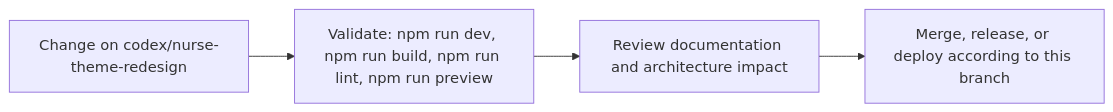
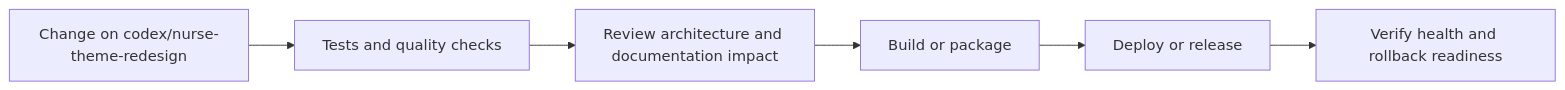
One commit to Nischhalsubba/Reeja-Maharjan-Website-2026 changed the fourth of 5 diagrams in README.md. Above: the diagram before and after it, drawn with Mermaid. The commit also changed other lines of this file, not shown here.

````diff
--- a/README.md
+++ b/README.md
@@ -74,8 +163,8 @@
 ```mermaid
 flowchart LR
-    CHANGE["Change on codex/nurse-theme-redesign"]
-    CHECK["Validate: npm run dev, npm run build, npm run lint, npm run preview"]
-    REVIEW["Review documentation and architecture impact"]
-    RELEASE["Merge, release, or deploy according to this branch"]
-    CHANGE --> CHECK --> REVIEW --> RELEASE
+    CHANGE["Change on codex/nurse-theme-redesign"] --> CHECK["Tests and quality checks"]
+    CHECK --> REVIEW["Review architecture and documentation impact"]
+    REVIEW --> BUILD["Build or package"]
+    BUILD --> DEPLOY["Deploy or release"]
+    DEPLOY --> VERIFY["Verify health and rollback readiness"]
 ```
````
